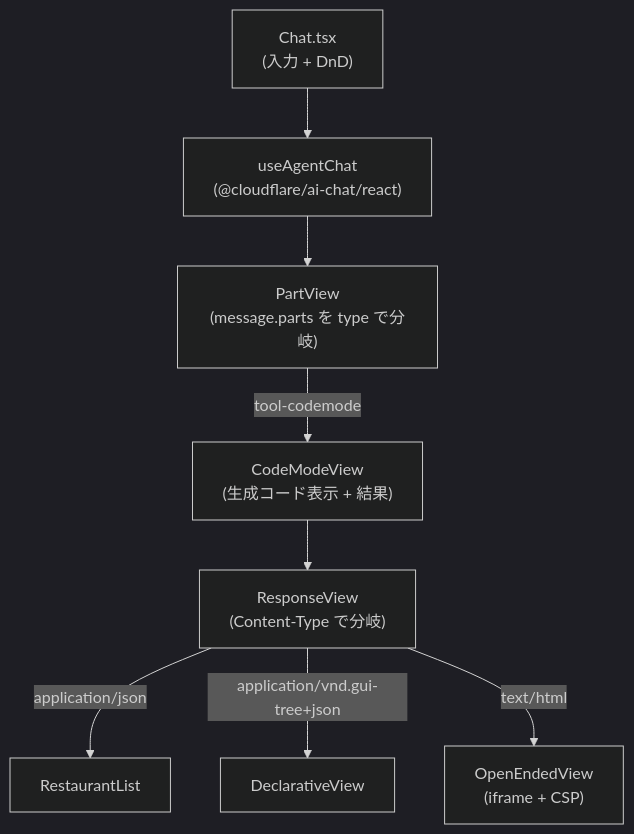
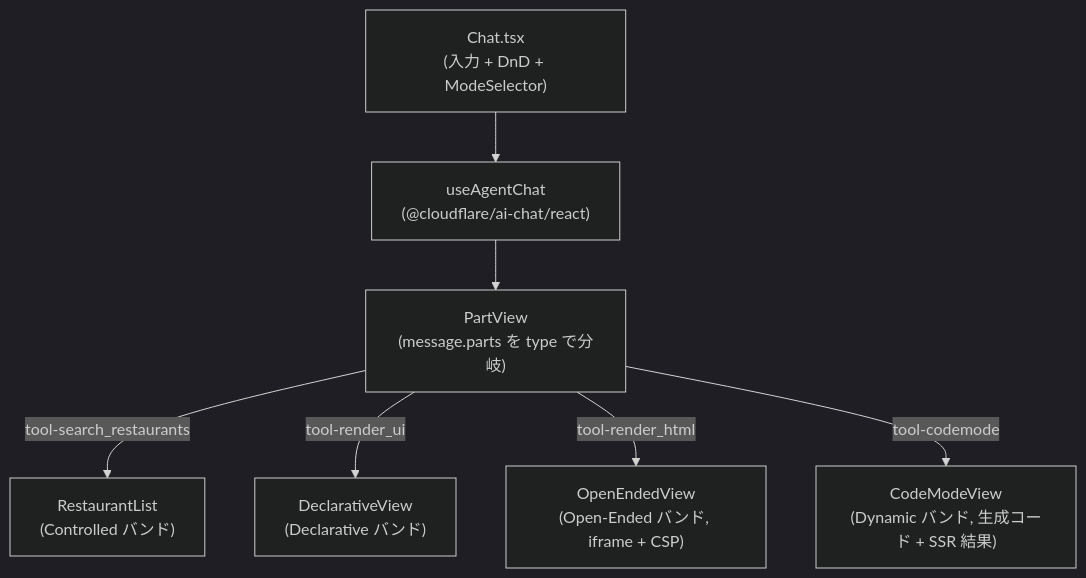
The second of 5 diagrams in README.md (yusukebe/generative-ui-playground), drawn with Mermaid (dark theme) before and after one commit. The commit also changed other lines of this file, not shown here.

````diff
--- a/README.md
+++ b/README.md
@@ -81,10 +88,9 @@
 ```mermaid
 flowchart TB
-  Chat["Chat.tsx<br/>(入力 + DnD)"] --> Hook["useAgentChat<br/>(@cloudflare/ai-chat/react)"]
+  Chat["Chat.tsx<br/>(入力 + DnD + ModeSelector)"] --> Hook["useAgentChat<br/>(@cloudflare/ai-chat/react)"]
   Hook --> PartView["PartView<br/>(message.parts を type で分岐)"]
-  PartView -->|tool-codemode| CMV["CodeModeView<br/>(生成コード表示 + 結果)"]
-  CMV --> RV["ResponseView<br/>(Content-Type で分岐)"]
-  RV -->|application/json| RL["RestaurantList"]
-  RV -->|application/vnd.gui-tree+json| DV["DeclarativeView"]
-  RV -->|text/html| OEV["OpenEndedView<br/>(iframe + CSP)"]
+  PartView -->|tool-search_restaurants| RList["RestaurantList<br/>(Controlled バンド)"]
+  PartView -->|tool-render_ui| DV["DeclarativeView<br/>(Declarative バンド)"]
+  PartView -->|tool-render_html| OEV["OpenEndedView<br/>(Open-Ended バンド, iframe + CSP)"]
+  PartView -->|tool-codemode| CMV["CodeModeView<br/>(Dynamic バンド, 生成コード + SSR 結果)"]
 ```
````
